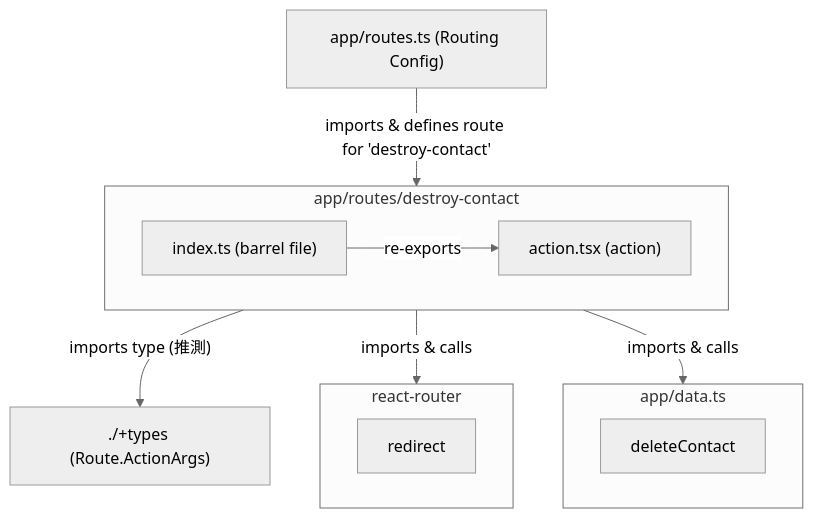
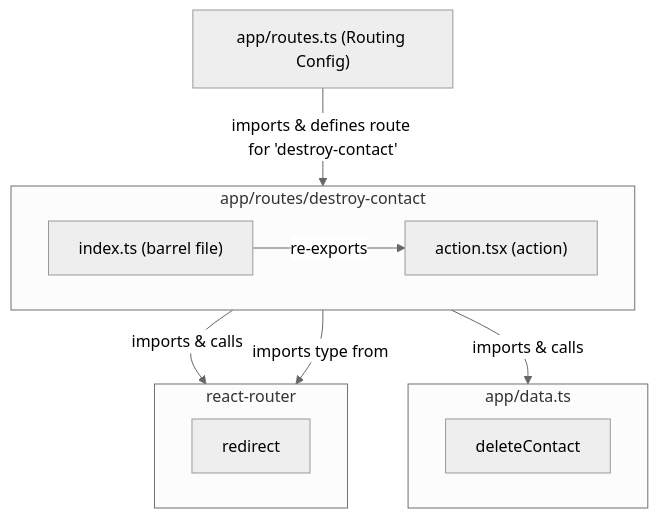
One commit to takeokunn/react-router-sandbox changed the diagram in docs/routes/destroy-contact.md. Above: the diagram before and after it, drawn with Mermaid (neutral theme). The commit also changed other lines of this file and 4 other files, not shown here.

````diff
--- a/docs/routes/destroy-contact.md
+++ b/docs/routes/destroy-contact.md
@@ -56,28 +55,28 @@
 ```mermaid
 graph TD
     subgraph app_routes_destroy_contact ["app/routes/destroy-contact"]
         direction LR
         DestroyContactAction["action.tsx (action)"]
         DestroyContactIndex["index.ts (barrel file)"]
     end
 
     subgraph app_data ["app/data.ts"]
         direction LR
         DataDeleteContact["deleteContact"]
     end
 
     subgraph react_router ["react-router"]
         direction LR
         RRredirect["redirect"]
     end
 
     AppRoutes["app/routes.ts (Routing Config)"]
 
     DestroyContactIndex -- "re-exports" --> DestroyContactAction
     AppRoutes -- "imports & defines route for 'destroy-contact'" --> DestroyContactIndex
 
     DestroyContactAction -- "imports & calls" --> DataDeleteContact
     DestroyContactAction -- "imports & calls" --> RRredirect
-    DestroyContactAction -- "imports type (推測)" --> DestroyContactTypes["./+types (Route.ActionArgs)"]
+    DestroyContactAction -- "imports type from" --> react_router
 
 ```
````
